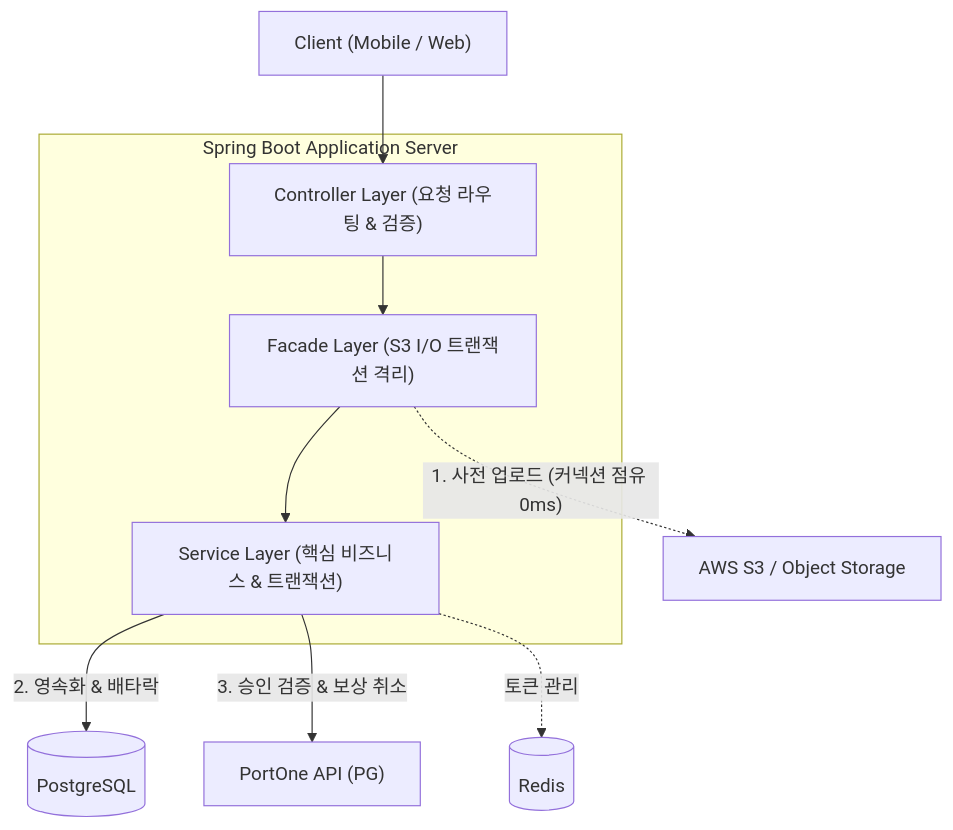
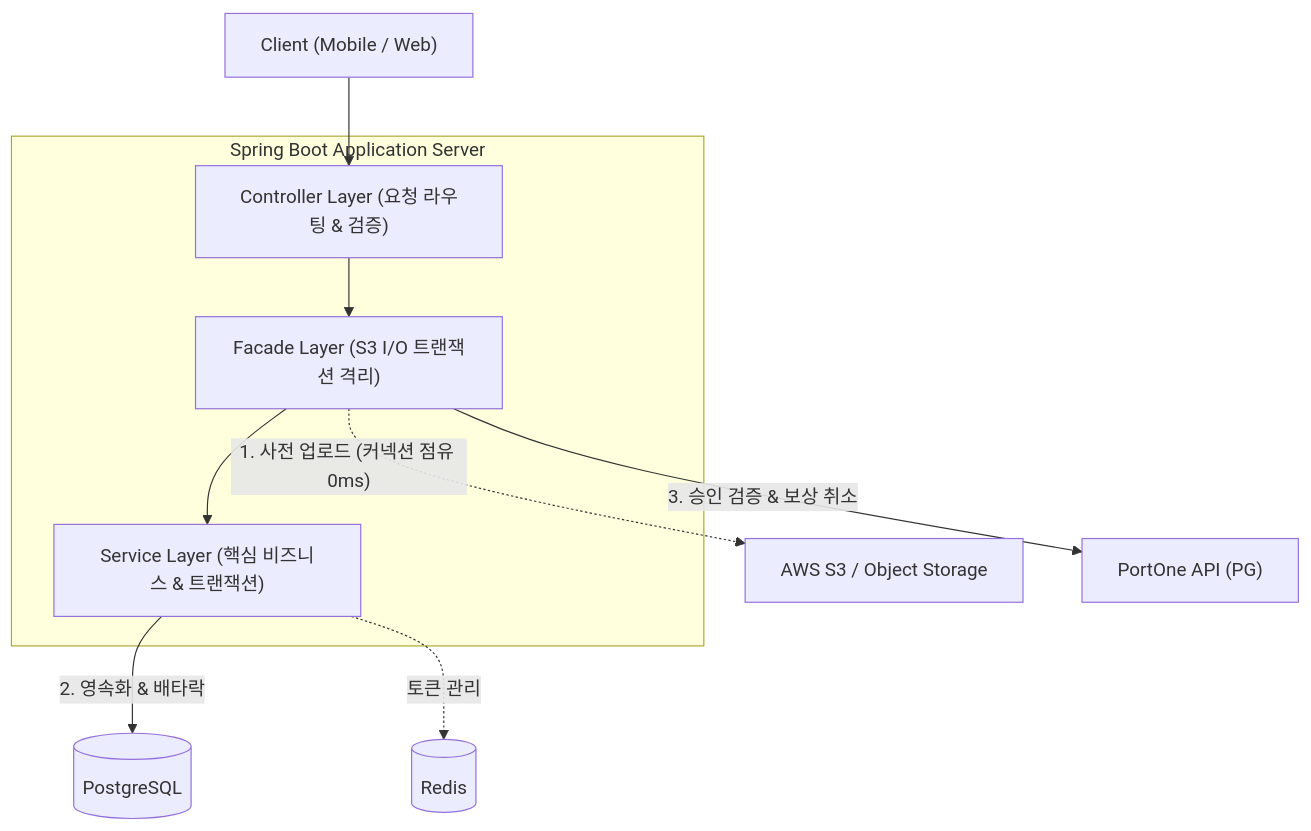
One commit to PiqProject/piqProject changed the first of 2 diagrams in README.md. Above: the diagram before and after it, drawn with Mermaid. The commit also changed other lines of this file, not shown here.

````diff
--- a/README.md
+++ b/README.md
@@ -40,14 +39,14 @@
 ```mermaid
 flowchart TD
     Client["Client (Mobile / Web)"] --> Controller["Controller Layer (요청 라우팅 & 검증)"]
 
     subgraph SpringBoot ["Spring Boot Application Server"]
         Controller --> Facade["Facade Layer (S3 I/O 트랜잭션 격리)"]
         Facade --> Service["Service Layer (핵심 비즈니스 & 트랜잭션)"]
     end
 
     Facade -.->|"1. 사전 업로드 (커넥션 점유 0ms)"| S3["AWS S3 / Object Storage"]
     Service -->|"2. 영속화 & 배타락"| DB[("PostgreSQL")]
-    Service -->|"3. 승인 검증 & 보상 취소"| PortOne["PortOne API (PG)"]
+    Facade -->|"3. 승인 검증 & 보상 취소"| PortOne["PortOne API (PG)"]
     Service -.->|"토큰 관리"| Redis[("Redis")]
 ```
````
